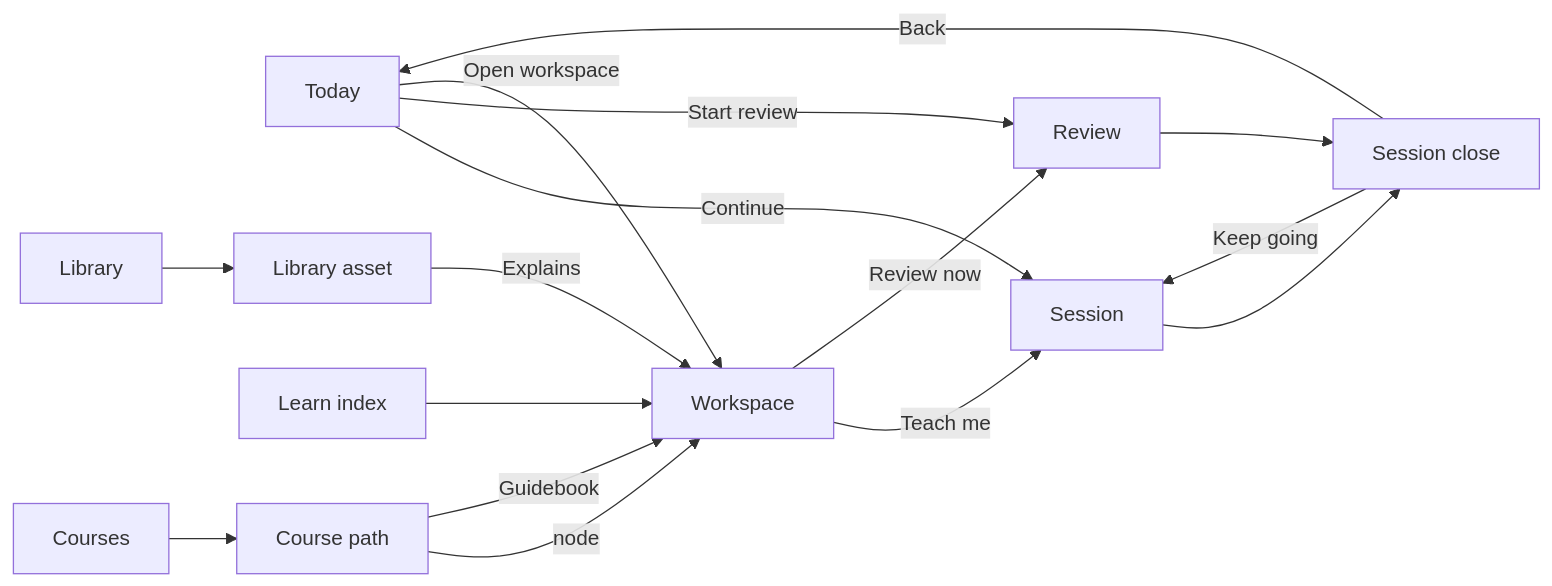
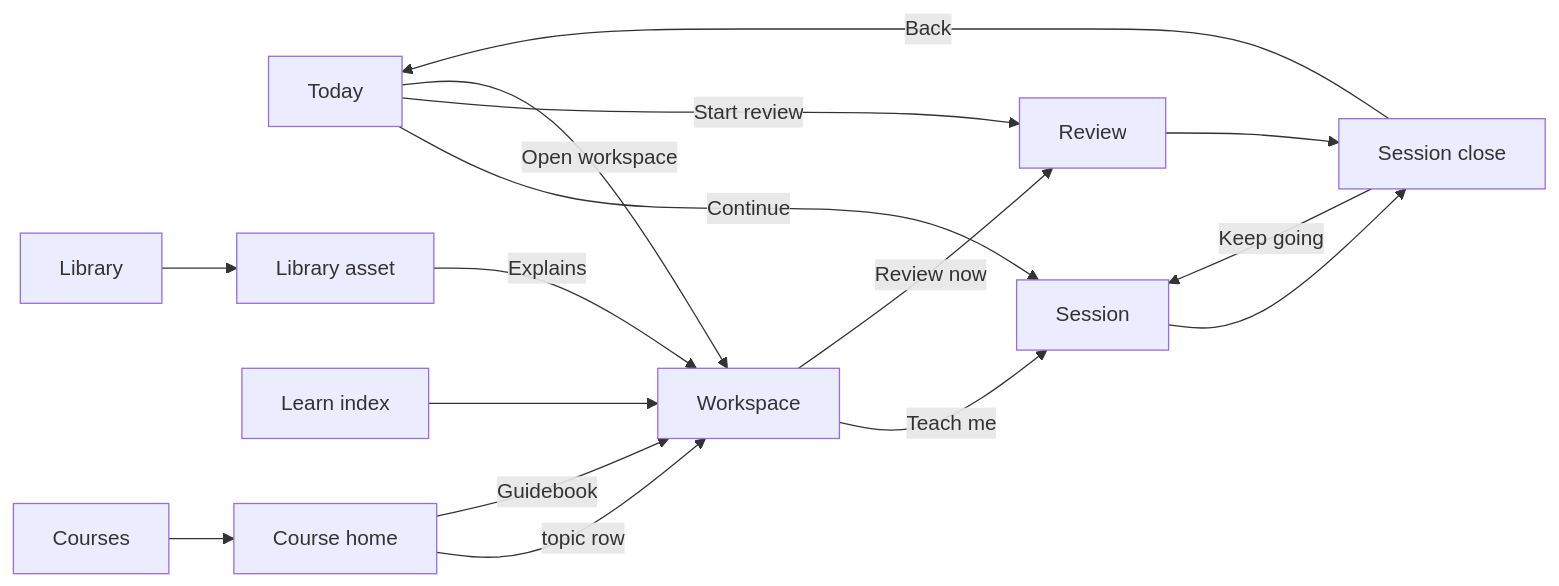
One commit to c-wenlong/gnosia-learn changed the diagram in docs/design/DESIGN.md. Above: the diagram before and after it, drawn with Mermaid. The commit also changed other lines of this file and 1 other file, not shown here.

Commit message:
Design docs: the course home after Coursera, one module per URL

````diff
--- a/docs/design/DESIGN.md
+++ b/docs/design/DESIGN.md
@@ -61,18 +61,18 @@
 ```mermaid
 flowchart LR
   Today -->|Continue| Session
   Today -->|Start review| Review
   Today -->|Open workspace| Workspace
-  Courses --> Path[Course path]
-  Path -->|node| Workspace
+  Courses --> Path[Course home]
+  Path -->|topic row| Workspace
   Path -->|Guidebook| Workspace
   Workspace -->|Teach me| Session
   Workspace -->|Review now| Review
   Session --> Close[Session close]
   Close -->|Back| Today
   Close -->|Keep going| Session
   Review --> Close
   Learn[Learn index] --> Workspace
   Library --> Asset[Library asset]
   Asset -->|Explains| Workspace
 ```
````
